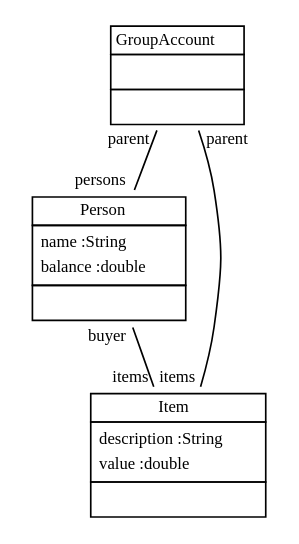
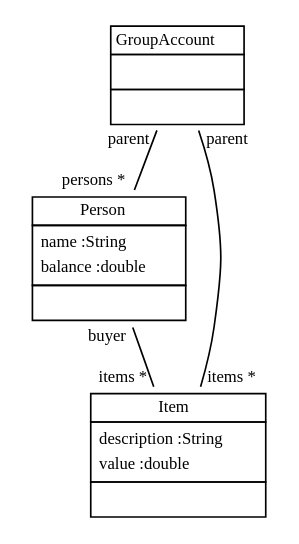
The diagram in doc/GroupAccountClassDiag01.dot (fujaba/SDMLib), drawn with Graphviz before and after one commit. The commit also changed 26 other files, not shown here.

Commit message:
creatorcreator does not longer grow on each run. to many assocs show a star in the class diagram now. Using hollow arrowheads for inheritance now. Using grey color to indicate interface classes now.

```diff
--- a/doc/GroupAccountClassDiag01.dot
+++ b/doc/GroupAccountClassDiag01.dot
@@ -1,16 +1,16 @@
 
- graph ClassDiagram {
+ digraph ClassDiagram {
     node [shape = none, fontsize = 10]; 
     edge [fontsize = 10];
     
     
     GroupAccount [label=<<table border='0' cellborder='1' cellspacing='0'> <tr> <td>GroupAccount</td> </tr> <tr><td><table border='0' cellborder='0' cellspacing='0'> <tr><td> </td></tr> </table></td></tr> <tr><td><table border='0' cellborder='0' cellspacing='0'> <tr><td> </td></tr> </table></td></tr> </table>>];
     Person [label=<<table border='0' cellborder='1' cellspacing='0'> <tr> <td>Person</td> </tr> <tr><td><table border='0' cellborder='0' cellspacing='0'> <tr><td align='left'>name :String</td></tr> <tr><td align='left'>balance :double</td></tr>  </table></td></tr> <tr><td><table border='0' cellborder='0' cellspacing='0'> <tr><td> </td></tr> </table></td></tr> </table>>];
     Item [label=<<table border='0' cellborder='1' cellspacing='0'> <tr> <td>Item</td> </tr> <tr><td><table border='0' cellborder='0' cellspacing='0'> <tr><td align='left'>description :String</td></tr> <tr><td align='left'>value :double</td></tr>  </table></td></tr> <tr><td><table border='0' cellborder='0' cellspacing='0'> <tr><td> </td></tr> </table></td></tr> </table>>];
     
     
     
-    GroupAccount -- Person [headlabel = "persons" taillabel = "parent"];
-    GroupAccount -- Item [headlabel = "items" taillabel = "parent"];
-    Person -- Item [headlabel = "items" taillabel = "buyer"];
+    GroupAccount -> Person [headlabel = "persons *" taillabel = "parent" arrowhead = "none" ];
+    GroupAccount -> Item [headlabel = "items *" taillabel = "parent" arrowhead = "none" ];
+    Person -> Item [headlabel = "items *" taillabel = "buyer" arrowhead = "none" ];
 }
```
